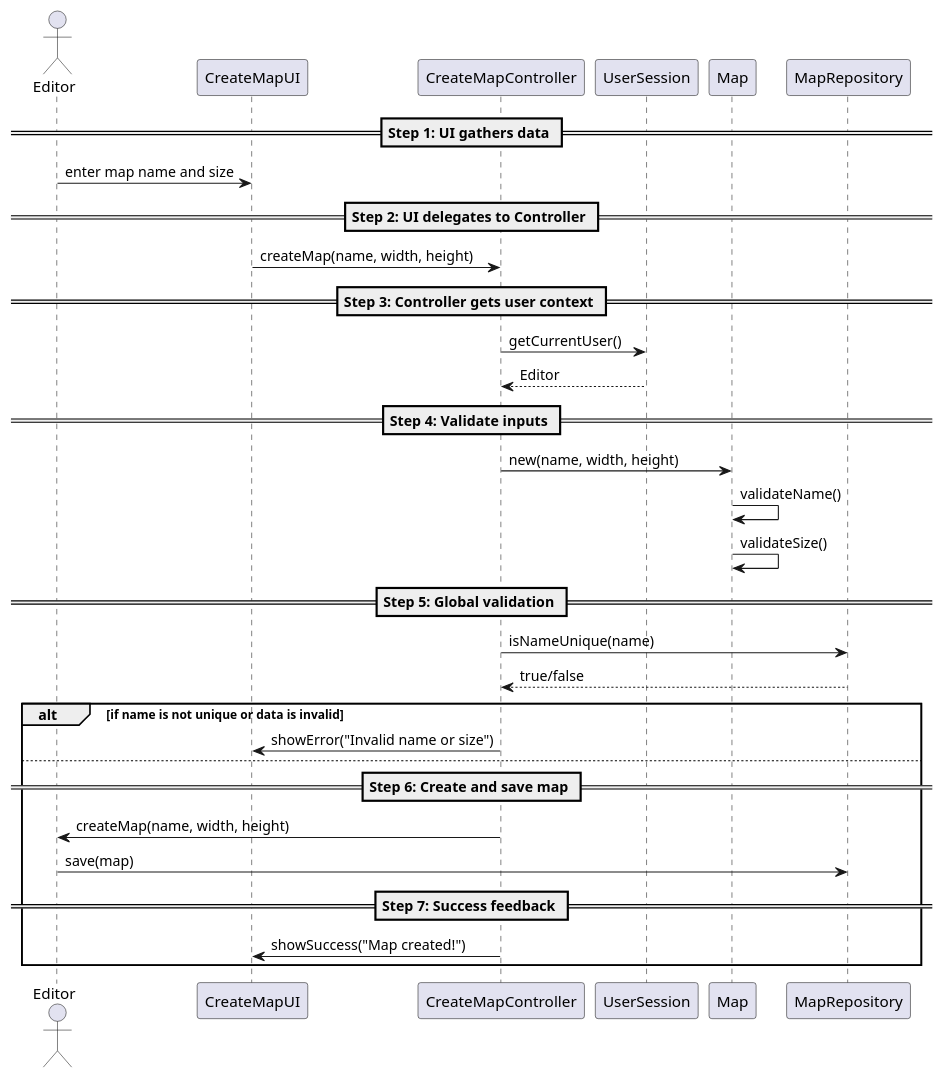
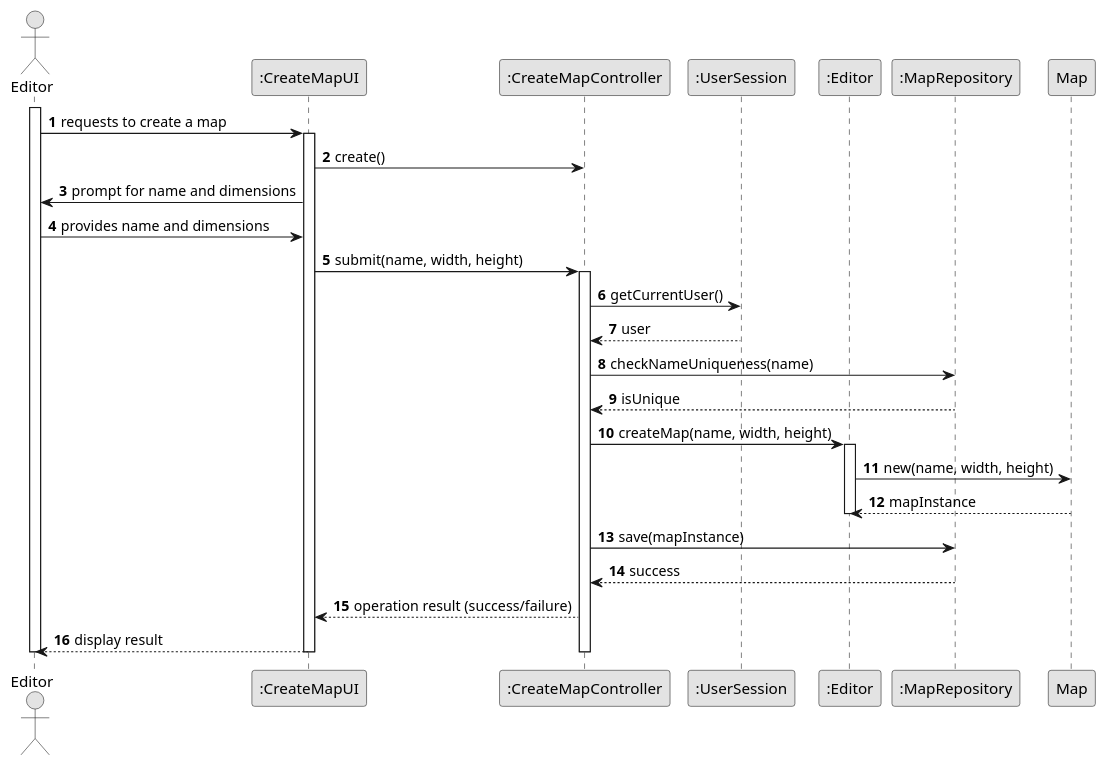
Before and after one commit to ivasduarte/all-aboard: the diagram in docs/sprint2/us001/03.design/puml/us001-full-diagram.puml, drawn with PlantUML. The commit also changed 14 other files, not shown here.

```diff
--- a/docs/sprint2/us001/03.design/puml/us001-full-diagram.puml
+++ b/docs/sprint2/us001/03.design/puml/us001-full-diagram.puml
@@ -1,40 +1,50 @@
 @startuml
-actor Editor
+skinparam monochrome true
+skinparam packageStyle rectangle
+skinparam shadowing false
 
-participant Editor
-participant CreateMapUI
-participant CreateMapController
-participant UserSession
-participant Map
-participant MapRepository
+autonumber
+actor "Editor" as Editor
+participant ":CreateMapUI" as UI
+participant ":CreateMapController" as CTRL
+participant ":UserSession" as US
+participant ":Editor" as EditorDom
+participant ":MapRepository" as Repo
+participant "Map" as Map
 
-== Step 1: UI gathers data ==
-Editor -> CreateMapUI : enter map name and size
+activate Editor
 
-== Step 2: UI delegates to Controller ==
-CreateMapUI -> CreateMapController : createMap(name, width, height)
+Editor -> UI : requests to create a map
 
-== Step 3: Controller gets user context ==
-CreateMapController -> UserSession : getCurrentUser()
-UserSession --> CreateMapController : Editor
+activate UI
+UI -> CTRL : create()
 
-== Step 4: Validate inputs ==
-CreateMapController -> Map : new(name, width, height)
-Map -> Map : validateName()
-Map -> Map : validateSize()
+UI -> Editor : prompt for name and dimensions
+Editor -> UI : provides name and dimensions
+UI -> CTRL : submit(name, width, height)
 
-== Step 5: Global validation ==
-CreateMapController -> MapRepository : isNameUnique(name)
-MapRepository --> CreateMapController : true/false
+activate CTRL
 
-alt if name is not unique or data is invalid
-    CreateMapController -> CreateMapUI : showError("Invalid name or size")
-else
-    == Step 6: Create and save map ==
-    CreateMapController -> Editor : createMap(name, width, height)
-    Editor -> MapRepository : save(map)
+CTRL -> US : getCurrentUser()
+US --> CTRL : user
 
-    == Step 7: Success feedback ==
-    CreateMapController -> CreateMapUI : showSuccess("Map created!")
-end
+CTRL -> Repo : checkNameUniqueness(name)
+Repo --> CTRL : isUnique
+
+CTRL -> EditorDom : createMap(name, width, height)
+activate EditorDom
+EditorDom -> Map : new(name, width, height)
+Map --> EditorDom : mapInstance
+deactivate EditorDom
+
+CTRL -> Repo : save(mapInstance)
+Repo --> CTRL : success
+
+CTRL --> UI : operation result (success/failure)
+UI --> Editor : display result
+
+deactivate CTRL
+deactivate UI
+deactivate Editor
+
 @enduml
```
